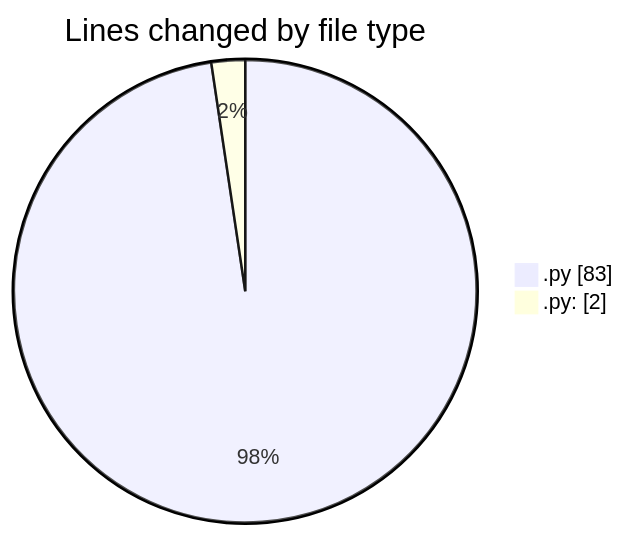
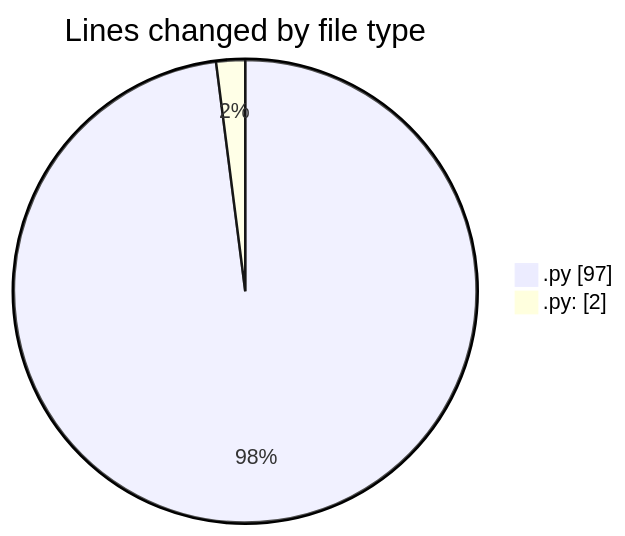
Before and after one commit to momahboobian/code-tracking: the first of 2 diagrams in 2025-02-22/samplepdf/README.md, drawn with Mermaid. The commit also changed other lines of this file and 1 other file, not shown here.

````diff
--- a/2025-02-22/samplepdf/README.md
+++ b/2025-02-22/samplepdf/README.md
@@ -22,6 +22,6 @@
 ```mermaid
 pie showData
 title Lines changed by file type
-".py" : 83
+".py" : 97
 ".py:" : 2
 ```
````
